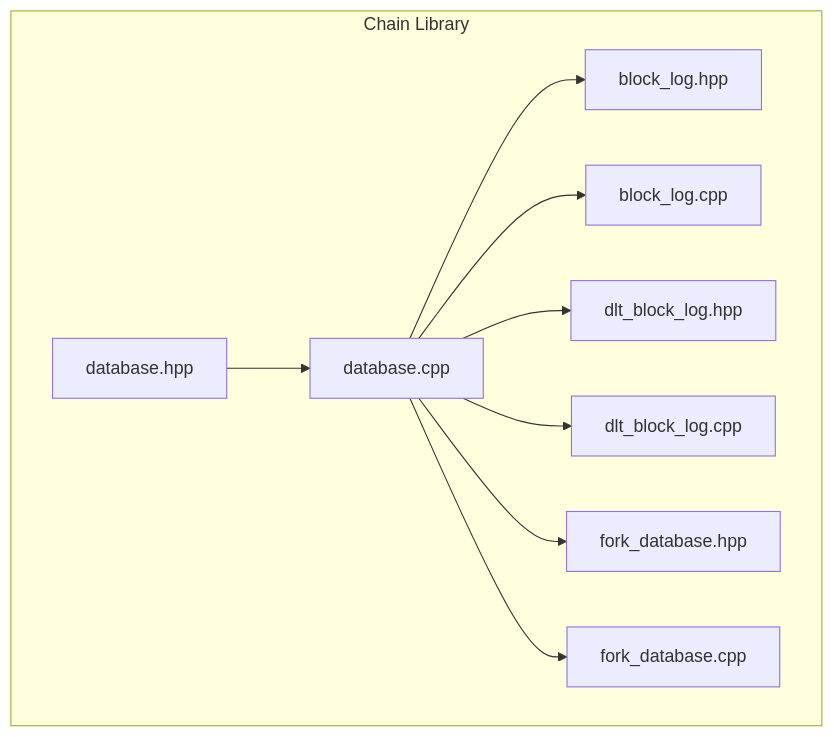
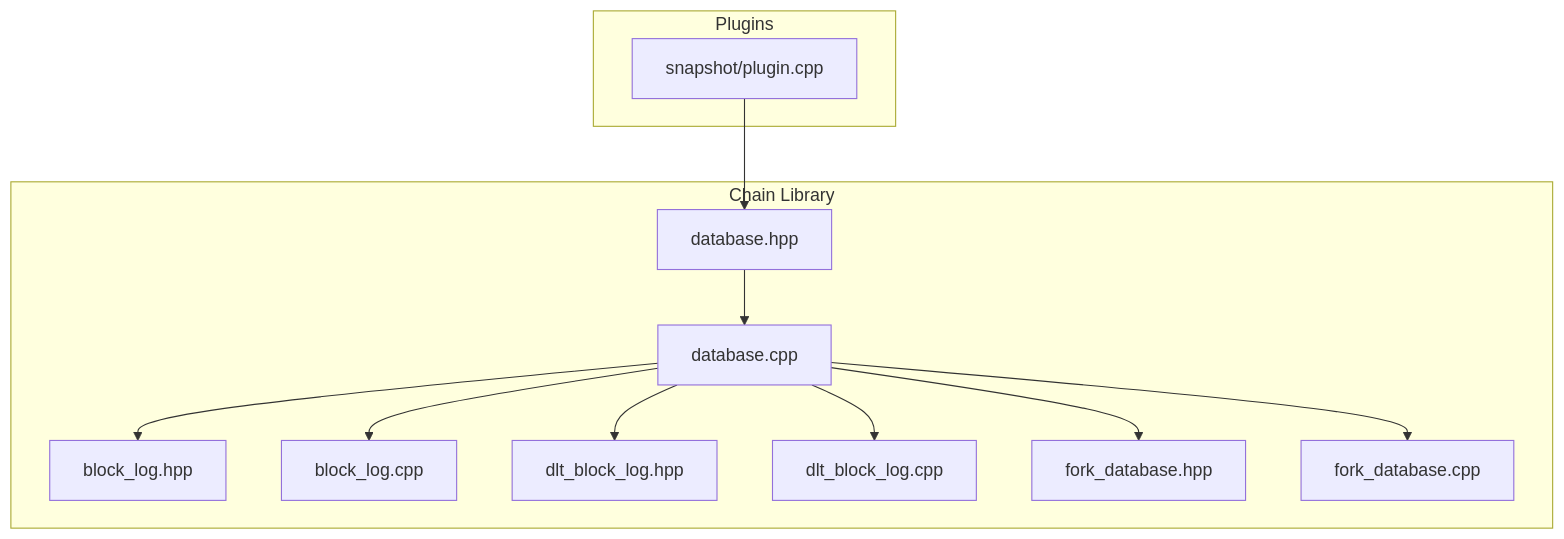
The first of 12 diagrams in .qoder/repowiki/en/content/Architecture Overview/Core Libraries/Chain Library/Database Management/Database Management.md (VIZ-Blockchain/viz-cpp-node), drawn with Mermaid before and after one commit. The commit also changed other lines of this file and 4 other files, not shown here.

````diff
--- a/.qoder/repowiki/en/content/Architecture Overview/Core Libraries/Chain Library/Database Management/Database Management.md
+++ b/.qoder/repowiki/en/content/Architecture Overview/Core Libraries/Chain Library/Database Management/Database Management.md
@@ -44,20 +46,24 @@
 ```mermaid
 graph TB
 subgraph "Chain Library"
 DBH["database.hpp"]
 DBCPP["database.cpp"]
 BLH["block_log.hpp"]
 BLCPP["block_log.cpp"]
 DLTH["dlt_block_log.hpp"]
 DLTCPP["dlt_block_log.cpp"]
 FDH["fork_database.hpp"]
 FDCPP["fork_database.cpp"]
 end
+subgraph "Plugins"
+SNAPH["snapshot/plugin.cpp"]
+end
 DBH --> DBCPP
 DBCPP --> BLH
 DBCPP --> BLCPP
 DBCPP --> DLTH
 DBCPP --> DLTCPP
 DBCPP --> FDH
 DBCPP --> FDCPP
+SNAPH --> DBH
 ```
````
